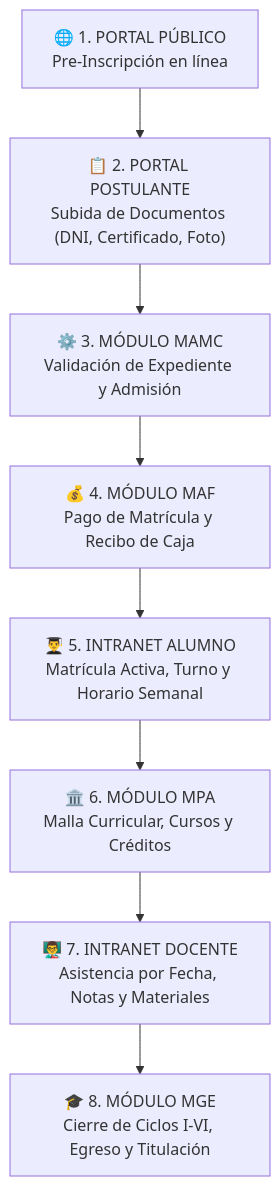
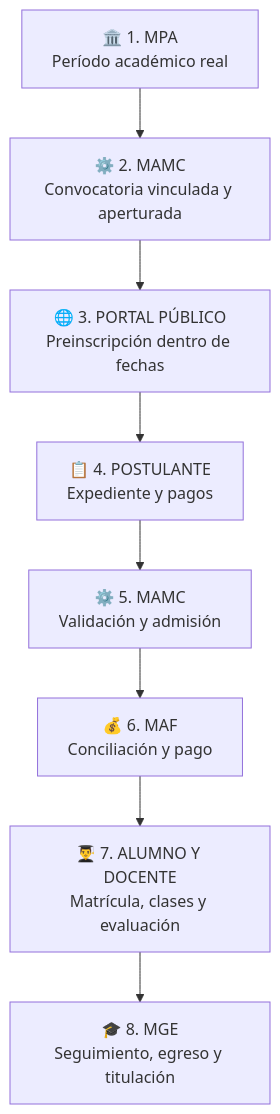
One commit to ChethhSito/SFA-Frontend changed the diagram in FLUJO.md. Above: the diagram before and after it, drawn with Mermaid. The commit also changed other lines of this file and 23 other files, not shown here.

````diff
--- a/FLUJO.md
+++ b/FLUJO.md
@@ -9,10 +9,10 @@
 ```mermaid
 graph TD
-    A["🌐 1. PORTAL PÚBLICO<br>Pre-Inscripción en línea"] --> B["📋 2. PORTAL POSTULANTE<br>Subida de Documentos (DNI, Certificado, Foto)"]
-    B --> C["⚙️ 3. MÓDULO MAMC<br>Validación de Expediente y Admisión"]
-    C --> D["💰 4. MÓDULO MAF<br>Pago de Matrícula y Recibo de Caja"]
-    D --> E["👨‍🎓 5. INTRANET ALUMNO<br>Matrícula Activa, Turno y Horario Semanal"]
-    E --> F["🏛️ 6. MÓDULO MPA<br>Malla Curricular, Cursos y Créditos"]
-    F --> G["👨‍🏫 7. INTRANET DOCENTE<br>Asistencia por Fecha, Notas y Materiales"]
-    G --> H["🎓 8. MÓDULO MGE<br>Cierre de Ciclos I-VI, Egreso y Titulación"]
+    A["🏛️ 1. MPA<br>Período académico real"] --> B["⚙️ 2. MAMC<br>Convocatoria vinculada y aperturada"]
+    B --> C["🌐 3. PORTAL PÚBLICO<br>Preinscripción dentro de fechas"]
+    C --> D["📋 4. POSTULANTE<br>Expediente y pagos"]
+    D --> E["⚙️ 5. MAMC<br>Validación y admisión"]
+    E --> F["💰 6. MAF<br>Conciliación y pago"]
+    F --> G["👨‍🎓 7. ALUMNO Y DOCENTE<br>Matrícula, clases y evaluación"]
+    G --> H["🎓 8. MGE<br>Seguimiento, egreso y titulación"]
 ```
````
